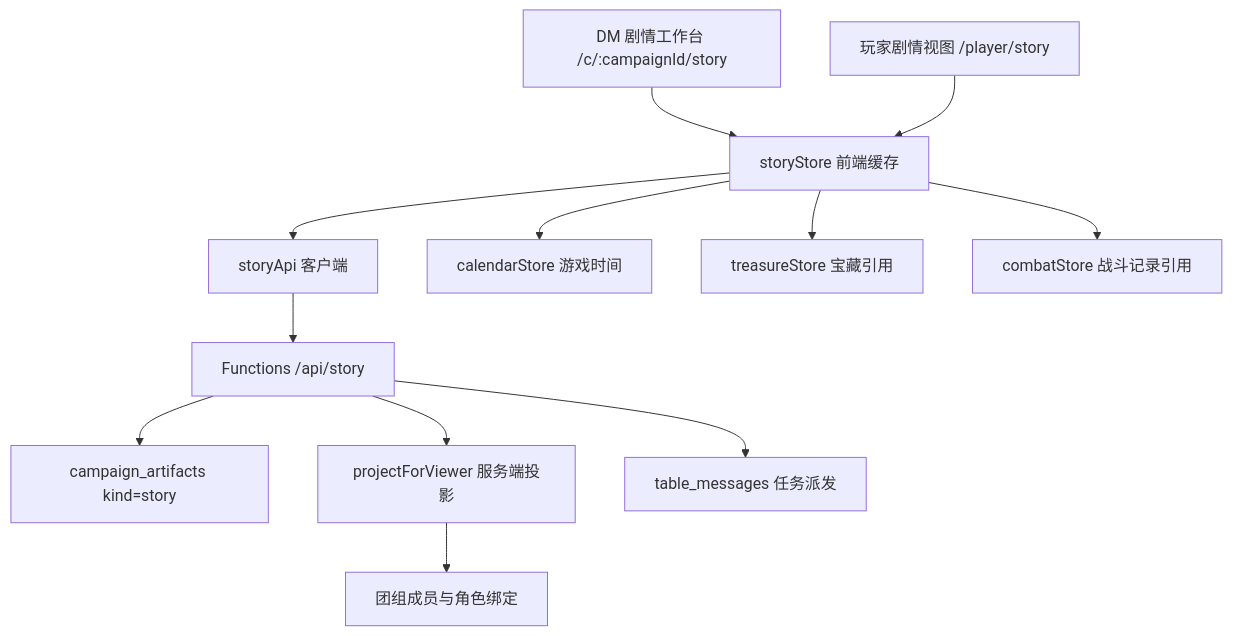
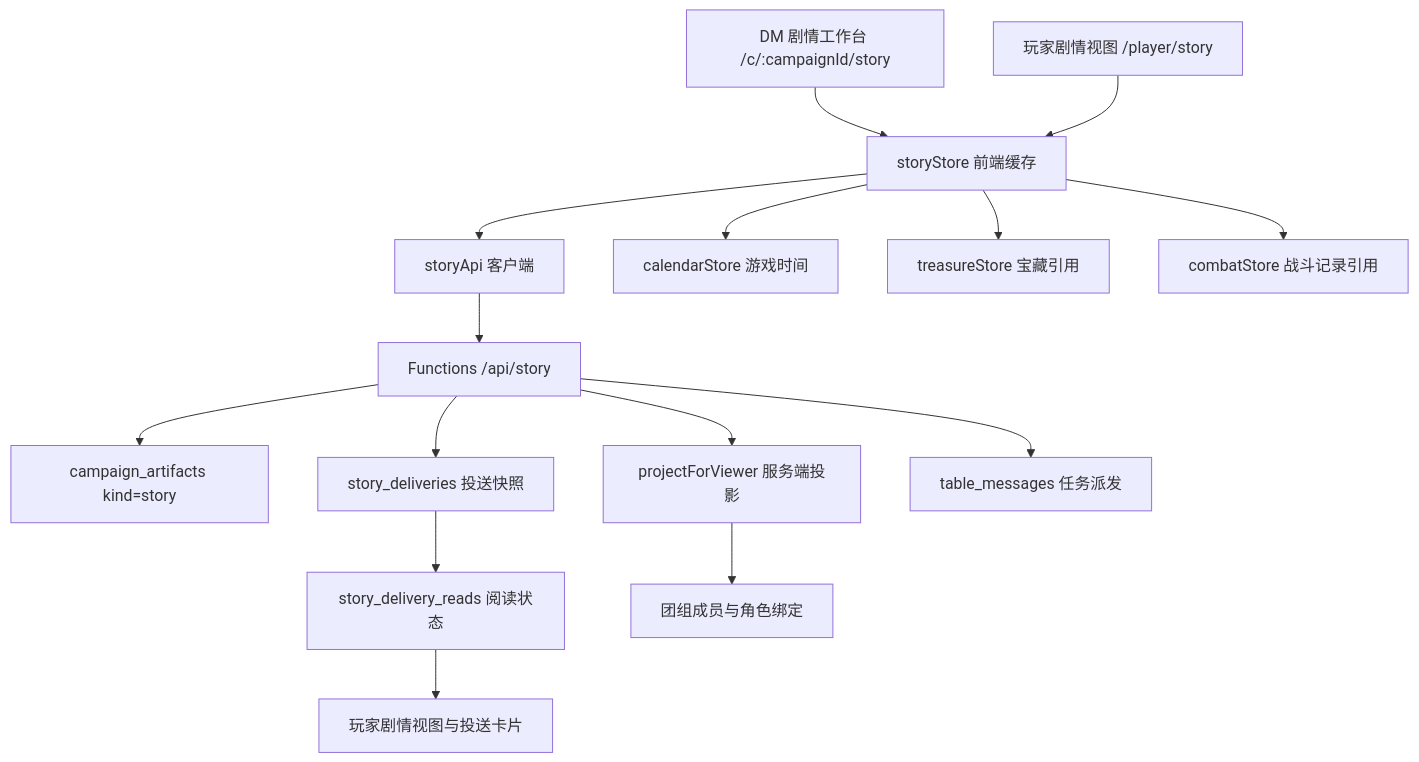
Before and after one commit to Romand0/DND-new: the first of 2 diagrams in .monkeycode/specs/story-management/design.md, drawn with Mermaid. The commit also changed other lines of this file and 3 other files, not shown here.

````diff
--- a/.monkeycode/specs/story-management/design.md
+++ b/.monkeycode/specs/story-management/design.md
@@ -20,14 +24,17 @@
 ```mermaid
 graph TD
   A["DM 剧情工作台 /c/:campaignId/story"] --> B["storyStore 前端缓存"]
   C["玩家剧情视图 /player/story"] --> B
   B --> D["storyApi 客户端"]
   D --> E["Functions /api/story"]
   E --> F["campaign_artifacts kind=story"]
+  E --> M["story_deliveries 投送快照"]
+  M --> N["story_delivery_reads 阅读状态"]
   E --> G["projectForViewer 服务端投影"]
   G --> H["团组成员与角色绑定"]
   B --> I["calendarStore 游戏时间"]
   E --> J["table_messages 任务派发"]
   B --> K["treasureStore 宝藏引用"]
   B --> L["combatStore 战斗记录引用"]
+  N --> O["玩家剧情视图与投送卡片"]
 ```
````
